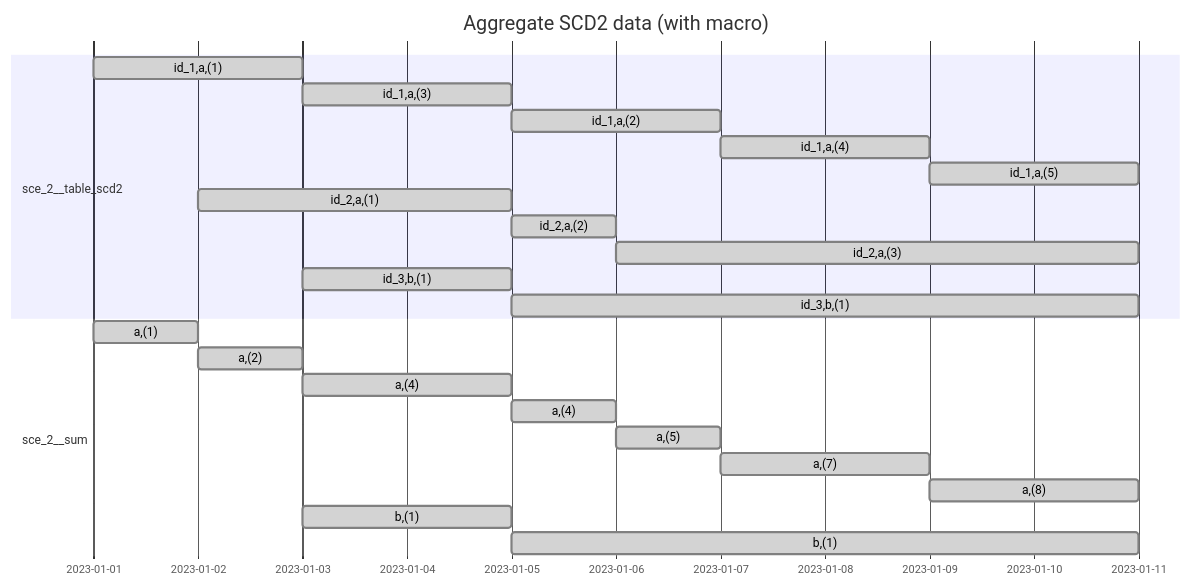
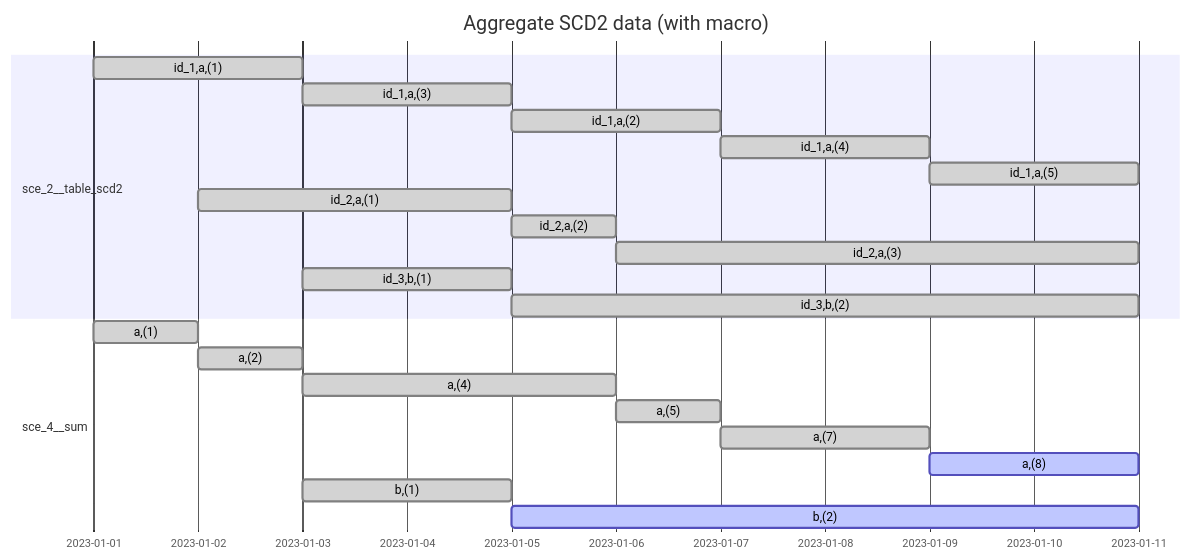
One commit to ryu1kn/sandbox--data-modelling changed the diagram in docs/sce_4__aggregate_scd2_with_macros.md. Above: the diagram before and after it, drawn with Mermaid. The commit also changed other lines of this file and 3 other files, not shown here.

Commit message:
Use reslice / merge timeline macro to simplify scenario 2 implementation

````diff
--- a/docs/sce_4__aggregate_scd2_with_macros.md
+++ b/docs/sce_4__aggregate_scd2_with_macros.md
@@ -13,29 +13,27 @@
 ```mermaid
 gantt
     dateFormat  YYYY-MM-DD
     title       Aggregate SCD2 data (with macro)
 
     section sce_2__table_scd2
         id_1,a,(1) : done, 2023-01-01, 2023-01-03
         id_1,a,(3) : done, 2023-01-03, 2023-01-05
         id_1,a,(2) : done, 2023-01-05, 2023-01-07
         id_1,a,(4) : done, 2023-01-07, 2023-01-09
         id_1,a,(5) : done, 2023-01-09, 2023-01-11
         id_2,a,(1) : done, 2023-01-02, 2023-01-05
         id_2,a,(2) : done, 2023-01-05, 2023-01-06
         id_2,a,(3) : done, 2023-01-06, 2023-01-11
         id_3,b,(1) : done, 2023-01-03, 2023-01-05
-        id_3,b,(1) : done, 2023-01-05, 2023-01-11
+        id_3,b,(2) : done, 2023-01-05, 2023-01-11
 
-    section sce_2__sum
+    section sce_4__sum
         a,(1) : done, 2023-01-01, 2023-01-02
         a,(2) : done, 2023-01-02, 2023-01-03
-        a,(4) : done, 2023-01-03, 2023-01-05
-        a,(4) : done, 2023-01-05, 2023-01-06
+        a,(4) : done, 2023-01-03, 2023-01-06
         a,(5) : done, 2023-01-06, 2023-01-07
         a,(7) : done, 2023-01-07, 2023-01-09
-        a,(8) : done, 2023-01-09, 2023-01-11
+        a,(8) : active, 2023-01-09, 2023-01-11
         b,(1) : done, 2023-01-03, 2023-01-05
-        b,(1) : done, 2023-01-05, 2023-01-11
-
+        b,(2) : active, 2023-01-05, 2023-01-11
 ```
````
